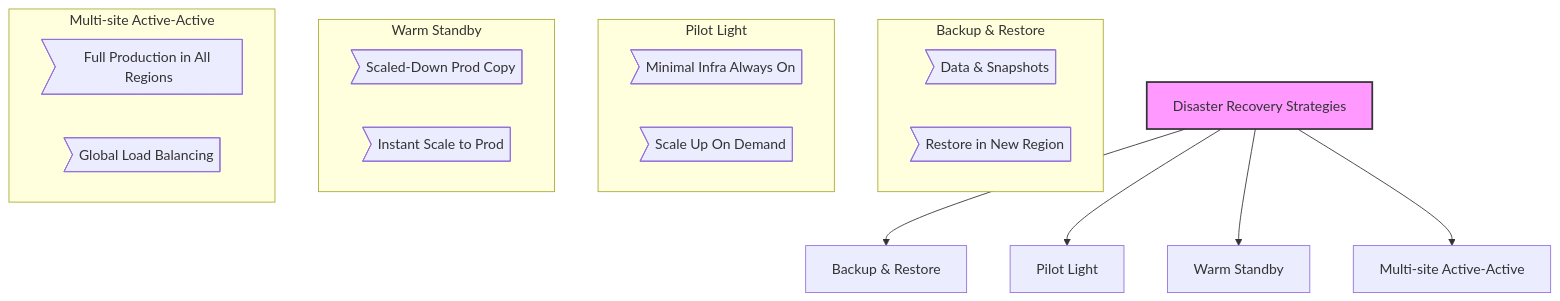
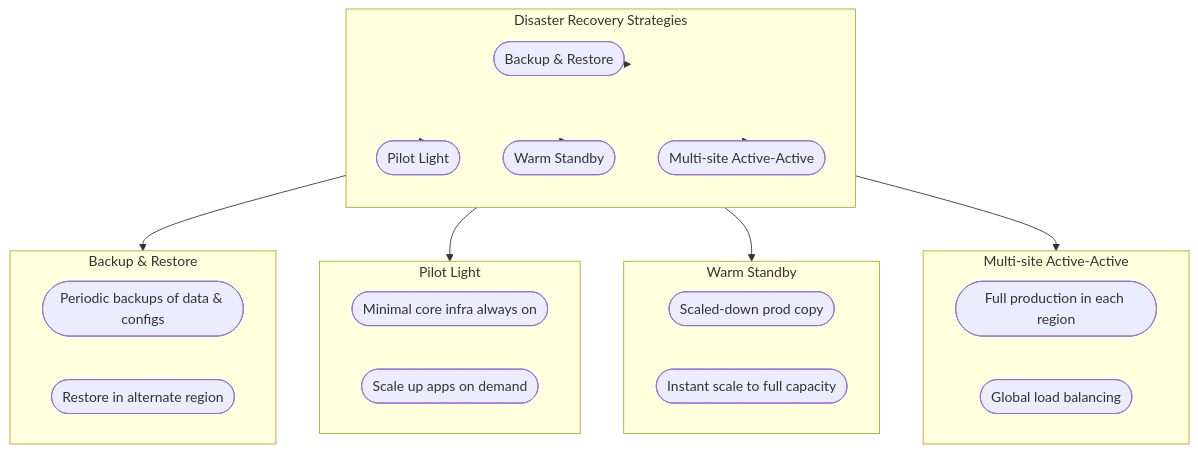
The second of 7 diagrams in README.md (Hack23/lambda-in-private-vpc), drawn with Mermaid before and after one commit. The commit also changed other lines of this file, not shown here.

````diff
--- a/README.md
+++ b/README.md
@@ -97,34 +96,39 @@
 ```mermaid
 flowchart TB
-  style DR fill:#f9f,stroke:#333,stroke-width:2px
-  DR[Disaster Recovery Strategies]
-
-  DR --> BR[Backup & Restore]
-  DR --> PL[Pilot Light]
-  DR --> WS[Warm Standby]
-  DR --> MS[Multi-site Active-Active]
-
-  subgraph BR_Info [Backup & Restore]
-    direction LR
-    BR1>Data & Snapshots]
-    BR2>Restore in New Region]
+  subgraph DR [Disaster Recovery Strategies]
+    direction TB
+    BR([Backup & Restore])
+    PL([Pilot Light])
+    WS([Warm Standby])
+    MS([Multi-site Active-Active])
   end
 
-  subgraph PL_Info [Pilot Light]
-    direction LR
-    PL1>Minimal Infra Always On]
-    PL2>Scale Up On Demand]
+  subgraph BR_info [Backup & Restore]
+    BR1([Periodic backups of data & configs])
+    BR2([Restore in alternate region])
   end
 
-  subgraph WS_Info [Warm Standby]
-    direction LR
-    WS1>Scaled-Down Prod Copy]
-    WS2>Instant Scale to Prod]
+  subgraph PL_info [Pilot Light]
+    PL1([Minimal core infra always on])
+    PL2([Scale up apps on demand])
   end
 
-  subgraph MS_Info [Multi-site Active-Active]
-    direction LR
-    MS1>Full Production in All Regions]
-    MS2>Global Load Balancing]
+  subgraph WS_info [Warm Standby]
+    WS1([Scaled-down prod copy])
+    WS2([Instant scale to full capacity])
   end
+
+  subgraph MS_info [Multi-site Active-Active]
+    MS1([Full production in each region])
+    MS2([Global load balancing])
+  end
+
+  DR --> BR --> BR_info
+  DR --> PL --> PL_info
+  DR --> WS --> WS_info
+  DR --> MS --> MS_info
+
+  classDef DR fill:#fa5252,stroke:#c92a2a,stroke-width:2px;
+  classDef BR,PL,WS,MS fill:#ff922b,stroke:#b94500,stroke-width:1px;
+  classDef BR1,BR2,PL1,PL2,WS1,WS2,MS1,MS2 fill:#ffd43b,stroke:#b48c06;
 ```
````
